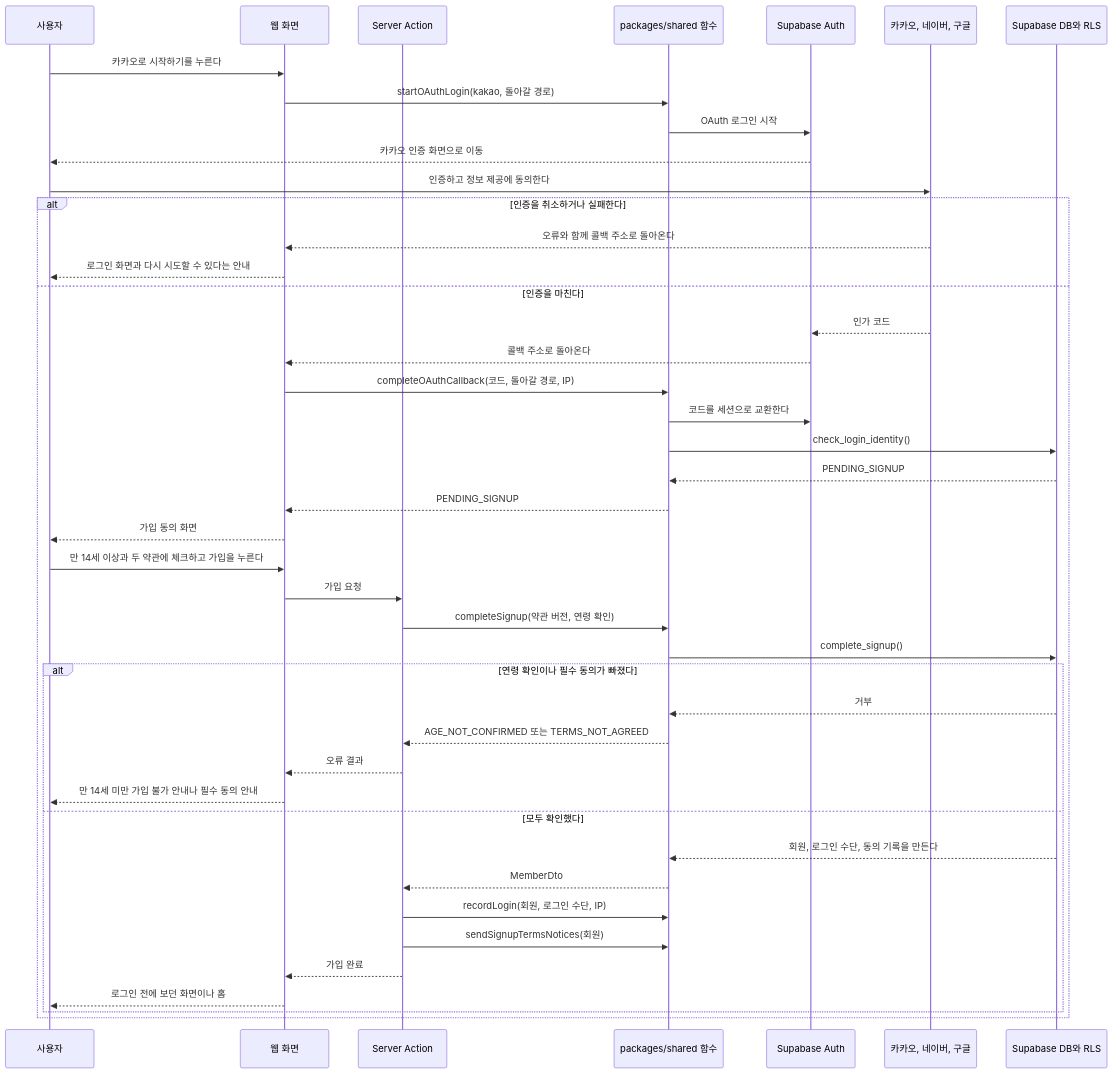
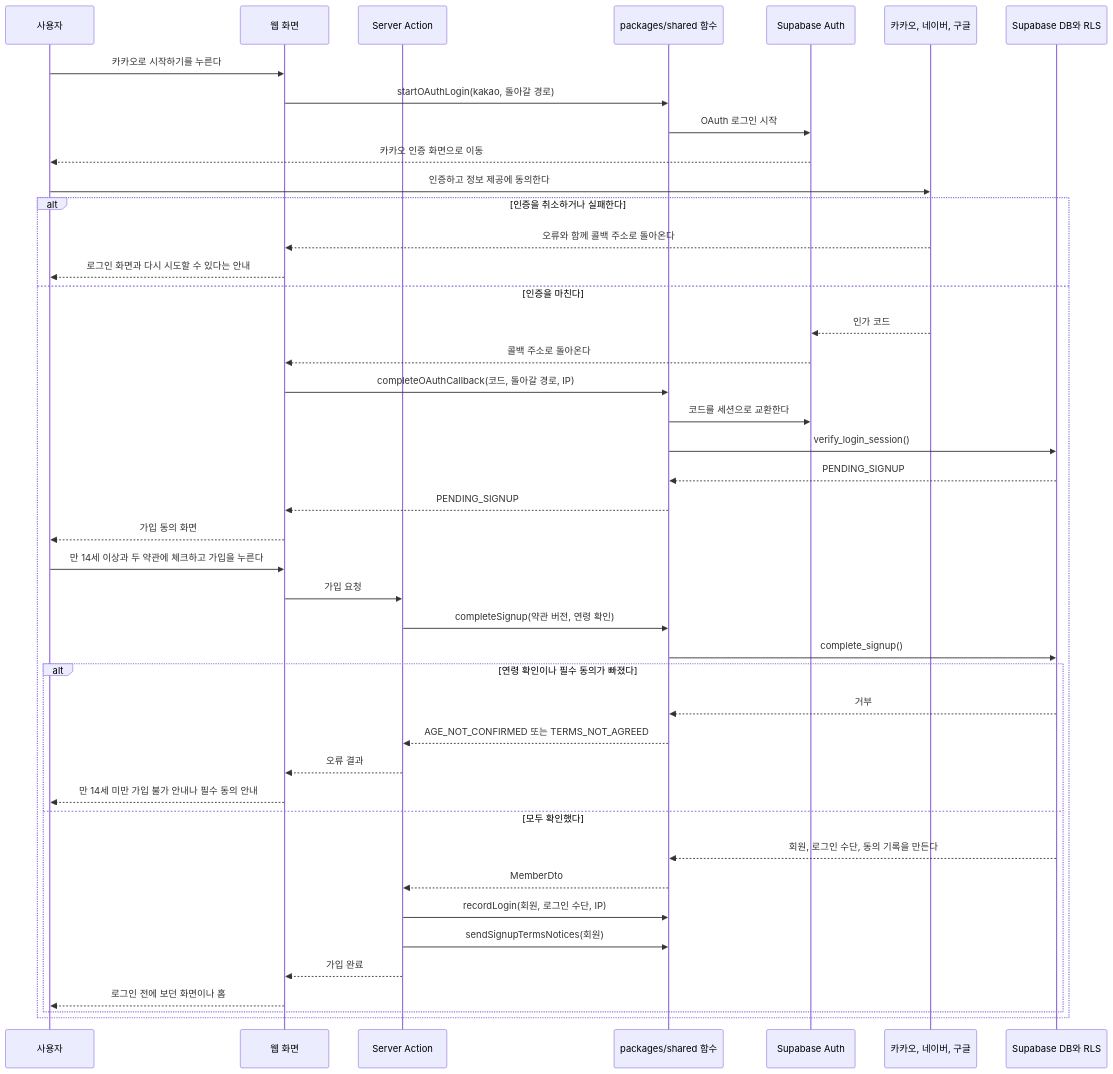
The first of 10 diagrams in docs/specs/001-account/design/sequence.md (god3v/hamtteukka), drawn with Mermaid before and after one commit. The commit also changed other lines of this file and 5 other files, not shown here.

````diff
--- a/docs/specs/001-account/design/sequence.md
+++ b/docs/specs/001-account/design/sequence.md
@@ -31,45 +31,45 @@
 ```mermaid
 sequenceDiagram
   participant User as 사용자
   participant Web as 웹 화면
   participant Action as Server Action
   participant Shared as packages/shared 함수
   participant Auth as Supabase Auth
   participant Provider as 카카오, 네이버, 구글
   participant DB as Supabase DB와 RLS
   User->>Web: 카카오로 시작하기를 누른다
   Web->>Shared: startOAuthLogin(kakao, 돌아갈 경로)
   Shared->>Auth: OAuth 로그인 시작
   Auth-->>User: 카카오 인증 화면으로 이동
   User->>Provider: 인증하고 정보 제공에 동의한다
   alt 인증을 취소하거나 실패한다
     Provider-->>Web: 오류와 함께 콜백 주소로 돌아온다
     Web-->>User: 로그인 화면과 다시 시도할 수 있다는 안내
   else 인증을 마친다
     Provider-->>Auth: 인가 코드
     Auth-->>Web: 콜백 주소로 돌아온다
     Web->>Shared: completeOAuthCallback(코드, 돌아갈 경로, IP)
     Shared->>Auth: 코드를 세션으로 교환한다
-    Shared->>DB: check_login_identity()
+    Shared->>DB: verify_login_session()
     DB-->>Shared: PENDING_SIGNUP
     Shared-->>Web: PENDING_SIGNUP
     Web-->>User: 가입 동의 화면
     User->>Web: 만 14세 이상과 두 약관에 체크하고 가입을 누른다
     Web->>Action: 가입 요청
     Action->>Shared: completeSignup(약관 버전, 연령 확인)
     Shared->>DB: complete_signup()
     alt 연령 확인이나 필수 동의가 빠졌다
       DB-->>Shared: 거부
       Shared-->>Action: AGE_NOT_CONFIRMED 또는 TERMS_NOT_AGREED
       Action-->>Web: 오류 결과
       Web-->>User: 만 14세 미만 가입 불가 안내나 필수 동의 안내
     else 모두 확인했다
       DB-->>Shared: 회원, 로그인 수단, 동의 기록을 만든다
       Shared-->>Action: MemberDto
       Action->>Shared: recordLogin(회원, 로그인 수단, IP)
       Action->>Shared: sendSignupTermsNotices(회원)
       Action-->>Web: 가입 완료
       Web-->>User: 로그인 전에 보던 화면이나 홈
     end
   end
 ```
````
